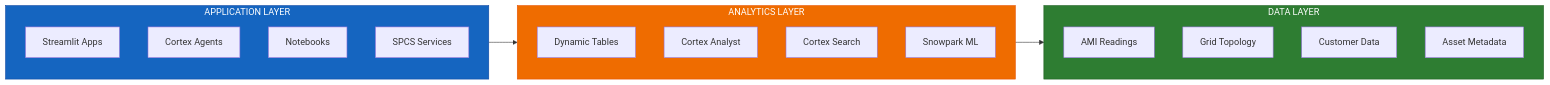
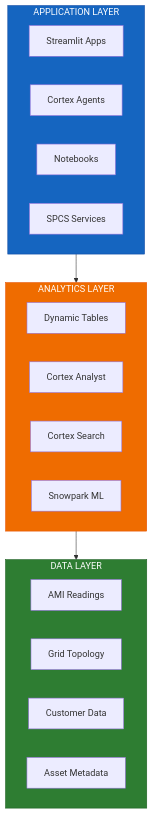
Before and after one commit to sfc-gh-abannerjee/flux-utility-solutions: the first of 7 diagrams in docs/ARCHITECTURE.md, drawn with Mermaid. The commit also changed 1 other file, not shown here.

Commit message:
Fix architecture diagram: layers top-to-bottom, items left-to-right
Use flowchart TB for vertical layer stacking with direction LR inside
each subgraph to keep items arranged horizontally within each layer.

.... Generated with [Cortex Code](https://docs.snowflake.com/user-guide/snowflake-cortex/cortex-agents)

````diff
--- a/docs/ARCHITECTURE.md
+++ b/docs/ARCHITECTURE.md
@@ -9,29 +9,32 @@
 ```mermaid
-flowchart LR
+flowchart TB
     subgraph APP["APPLICATION LAYER"]
+        direction LR
         A1["Streamlit Apps"]
         A2["Cortex Agents"]
         A3["Notebooks"]
         A4["SPCS Services"]
     end
     
     subgraph ANALYTICS["ANALYTICS LAYER"]
+        direction LR
         B1["Dynamic Tables"]
         B2["Cortex Analyst"]
         B3["Cortex Search"]
         B4["Snowpark ML"]
     end
     
     subgraph DATA["DATA LAYER"]
+        direction LR
         C1["AMI Readings"]
         C2["Grid Topology"]
         C3["Customer Data"]
         C4["Asset Metadata"]
     end
     
     APP --> ANALYTICS --> DATA
     
     style APP fill:#1565c0,color:#fff,stroke:#0d47a1
     style ANALYTICS fill:#ef6c00,color:#fff,stroke:#e65100
     style DATA fill:#2e7d32,color:#fff,stroke:#1b5e20
 ```
````
